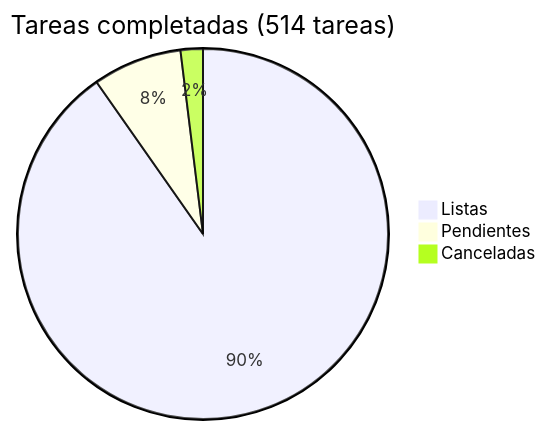
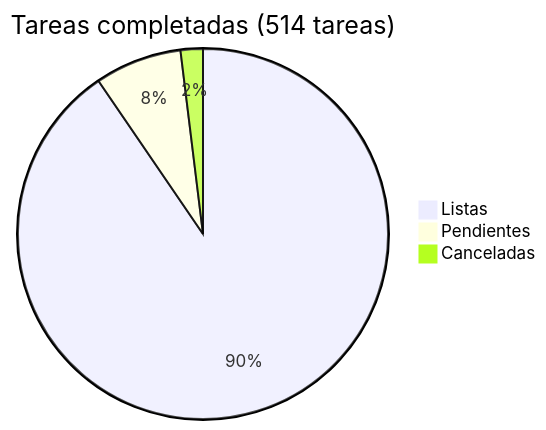
One commit to araguaney-lat/araguaney changed the diagram in docs/roadmap/README.md. Above: the diagram before and after it, drawn with Mermaid. The commit also changed other lines of this file and 1 other file, not shown here.

Commit message:
docs: close phase 29 task 4 and record the Resend domain setup

````diff
--- a/docs/roadmap/README.md
+++ b/docs/roadmap/README.md
@@ -5,6 +5,6 @@
 ```mermaid
 pie title Tareas completadas (514 tareas)
-    "Listas" : 464
-    "Pendientes" : 40
+    "Listas" : 465
+    "Pendientes" : 39
     "Canceladas" : 10
 ```
````
